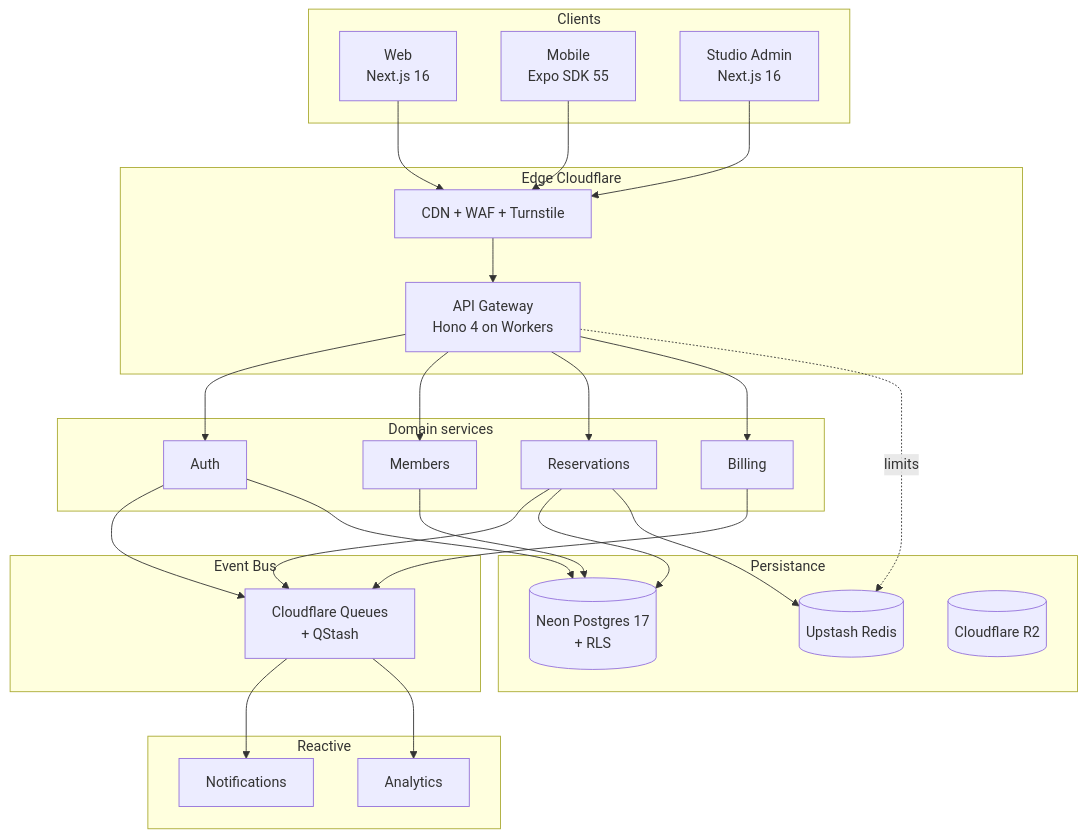
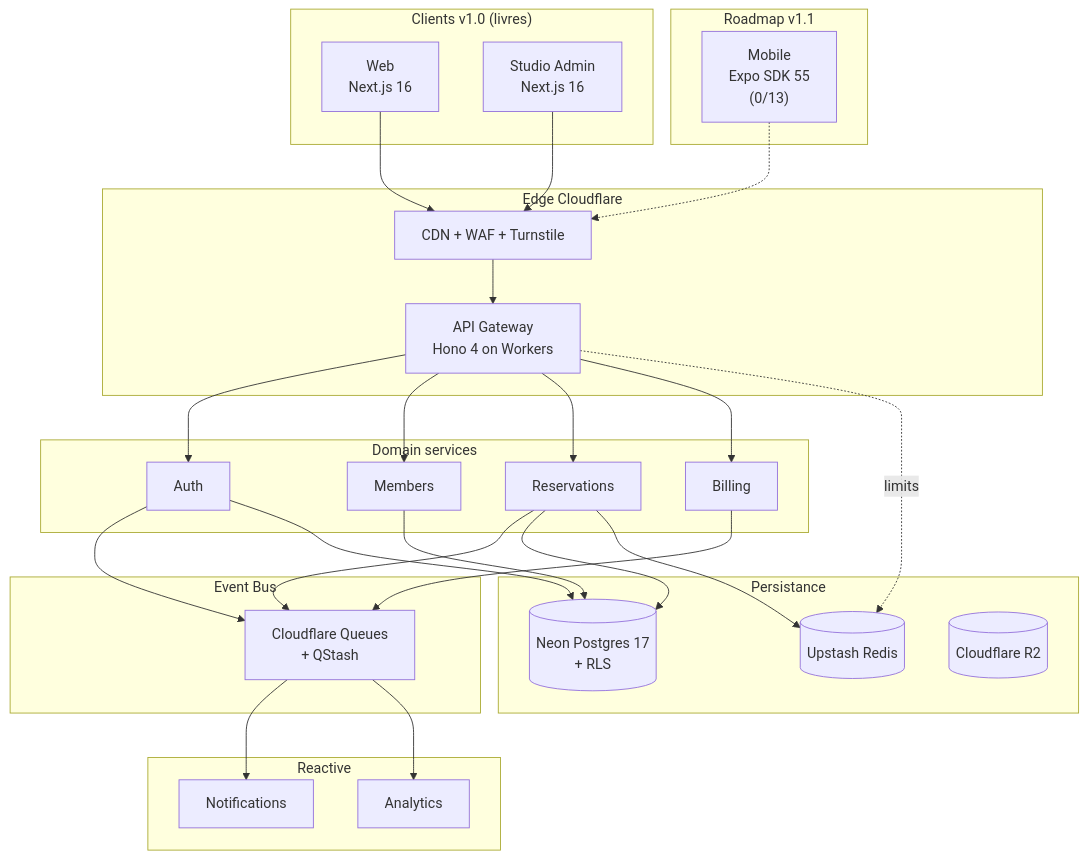
Before and after one commit to GlamgarOnDiscord/athlya: the diagram in README.md, drawn with Mermaid. The commit also changed other lines of this file and 2 other files, not shown here.

Commit message:
docs: README honnete sur mobile v1.1 (#124)

````diff
--- a/README.md
+++ b/README.md
@@ -77,53 +77,56 @@
 ```mermaid
 graph TD
-    subgraph Clients
+    subgraph Clients_v1["Clients v1.0 (livres)"]
         Web["Web<br/>Next.js 16"]
-        Mobile["Mobile<br/>Expo SDK 55"]
         Admin["Studio Admin<br/>Next.js 16"]
+    end
+
+    subgraph Clients_v11["Roadmap v1.1"]
+        Mobile["Mobile<br/>Expo SDK 55<br/>(0/13)"]
     end
 
     subgraph Edge["Edge Cloudflare"]
         CDN["CDN + WAF + Turnstile"]
         GW["API Gateway<br/>Hono 4 on Workers"]
     end
 
     subgraph Services["Domain services"]
         Auth["Auth"]
         Members["Members"]
         Reservations["Reservations"]
         Billing["Billing"]
     end
 
     subgraph Bus["Event Bus"]
         Q["Cloudflare Queues<br/>+ QStash"]
     end
 
     subgraph Reactive["Reactive"]
         N["Notifications"]
         A["Analytics"]
     end
 
     subgraph Persist["Persistance"]
         PG[("Neon Postgres 17<br/>+ RLS")]
         R[("Upstash Redis")]
         R2[("Cloudflare R2")]
     end
 
     Web --> CDN --> GW
-    Mobile --> CDN
     Admin --> CDN
+    Mobile -.-> CDN
     GW --> Auth
     GW --> Members
     GW --> Reservations
     GW --> Billing
     Auth --> Q
     Reservations --> Q
     Billing --> Q
     Q --> N
     Q --> A
     Auth --> PG
     Reservations --> PG
     Reservations --> R
     Members --> PG
     GW -.limits.-> R
 ```
````
